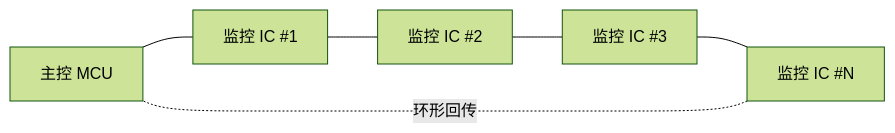
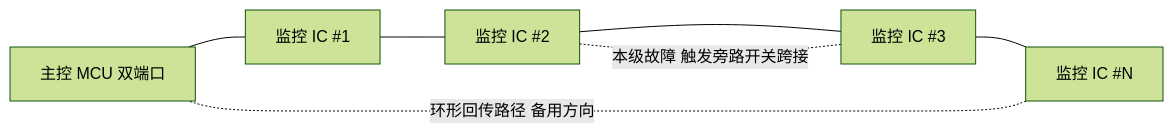
Before and after one commit to 1208826038/embedded-skill-notes: the second of 15 diagrams in articles/p12-dsi3.md, drawn with Mermaid (forest theme). The commit also changed other lines of this file, not shown here.

````diff
--- a/articles/p12-dsi3.md
+++ b/articles/p12-dsi3.md
@@ -49,8 +183,9 @@
 ```mermaid
 flowchart LR
-  MCU[主控 MCU] --- IC1[监控 IC #1]
-  IC1 --- IC2[监控 IC #2]
-  IC2 --- IC3[监控 IC #3]
-  IC3 --- ICn[监控 IC #N]
-  ICn -. 环形回传 .- MCU
+  MCU["主控 MCU 双端口"] --- IC1["监控 IC #1"]
+  IC1 --- IC2["监控 IC #2"]
+  IC2 --- IC3["监控 IC #3"]
+  IC3 --- ICn["监控 IC #N"]
+  ICn -. "环形回传路径 备用方向" .- MCU
+  IC2 -. "本级故障 触发旁路开关跨接" .- IC3
 ```
````
